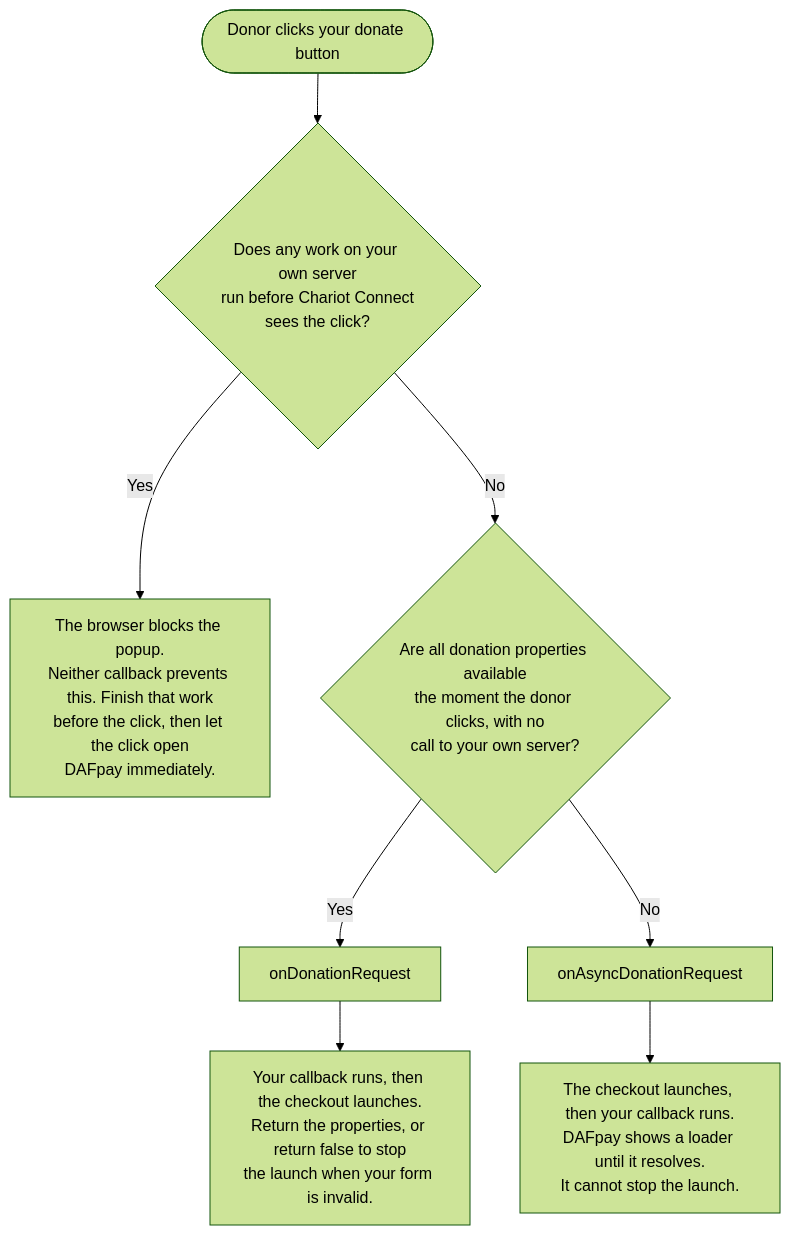
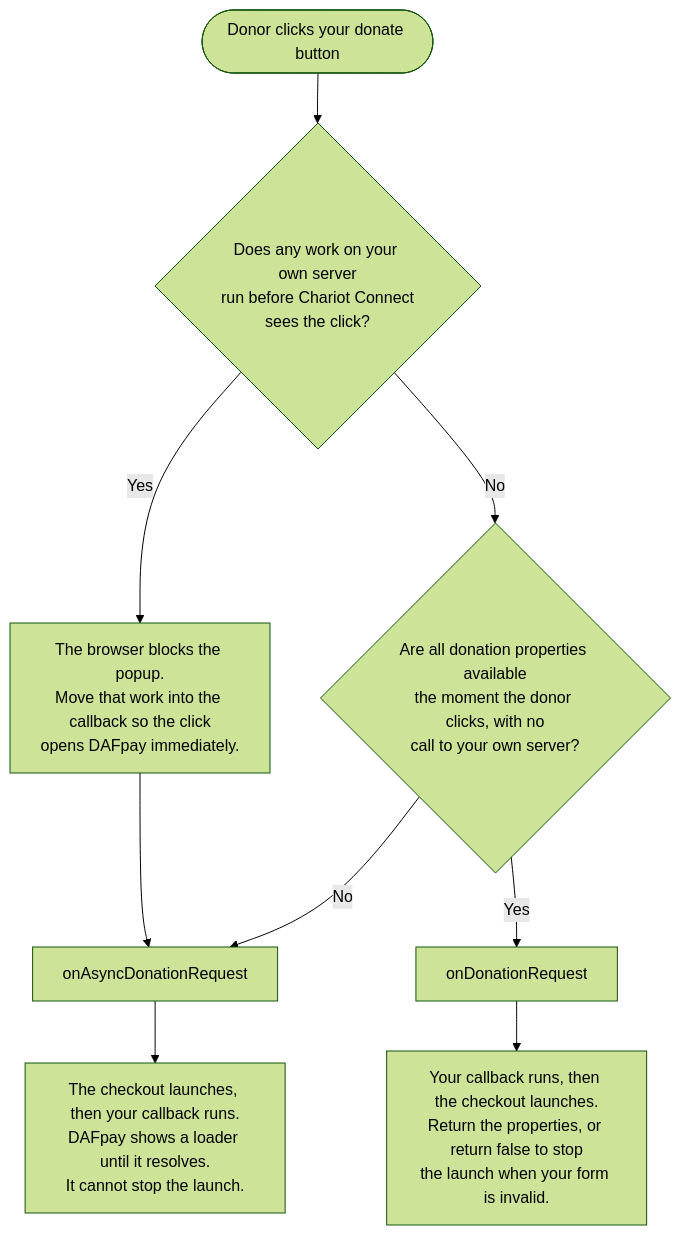
One commit to chariot-giving/chariot-openapi changed the diagram in fern/versions/v2026-04-01/pages/dafpay/accept/adding-dafpay.mdx. Above: the diagram before and after it, drawn with Mermaid (forest theme). The commit also changed other lines of this file and 16 other files, not shown here.

First line of the commit message:
docs(dafpay): rename the section slugs, finish the popup path, correct cancellations

````diff
--- a/fern/versions/v2026-04-01/pages/dafpay/accept/adding-dafpay.mdx
+++ b/fern/versions/v2026-04-01/pages/dafpay/accept/adding-dafpay.mdx
@@ -122,10 +122,11 @@
 ```mermaid
 flowchart TD
     A(["Donor clicks your donate button"]) --> B{"Does any work on your own server<br/>run before Chariot Connect<br/>sees the click?"}
-    B -->|Yes| X["The browser blocks the popup.<br/>Neither callback prevents this. Finish that work<br/>before the click, then let the click open<br/>DAFpay immediately."]
+    B -->|Yes| X["The browser blocks the popup.<br/>Move that work into the callback so the click<br/>opens DAFpay immediately."]
+    X --> E
     B -->|No| C{"Are all donation properties available<br/>the moment the donor clicks, with no<br/>call to your own server?"}
     C -->|Yes| D["onDonationRequest"]
     C -->|No| E["onAsyncDonationRequest"]
     D --> D1["Your callback runs, then the checkout launches.<br/>Return the properties, or return false to stop<br/>the launch when your form is invalid."]
     E --> E1["The checkout launches, then your callback runs.<br/>DAFpay shows a loader until it resolves.<br/>It cannot stop the launch."]
 ```
````
